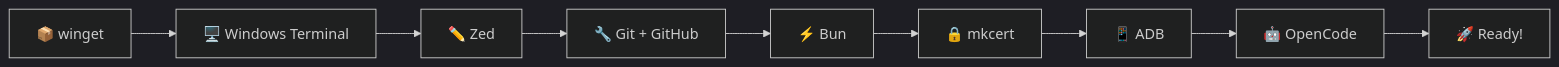
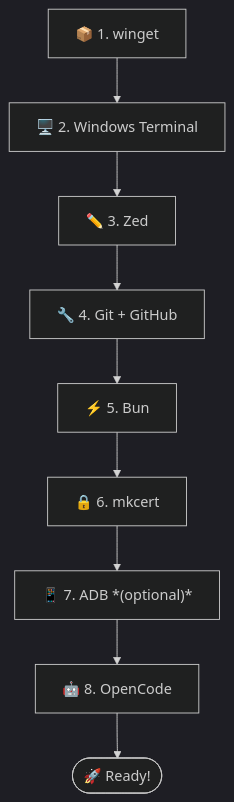
The diagram in tutorials/windows.md (nasti-cpu/neural-flight-v2), drawn with Mermaid (dark theme) before and after one commit. The commit also changed 5 other files, not shown here.

Commit message:
style: 💄 switch Mermaid diagrams from LR to TD

````diff
--- a/tutorials/windows.md
+++ b/tutorials/windows.md
@@ -5,11 +5,11 @@
 ```mermaid
-flowchart LR
-    A[📦 winget] --> B[🖥️ Windows Terminal]
-    B --> C[✏️ Zed]
-    C --> D[🔧 Git + GitHub]
-    D --> E[⚡ Bun]
-    E --> F[🔒 mkcert]
-    F --> G[📱 ADB]
-    G --> H[🤖 OpenCode]
-    H --> I[🚀 Ready!]
+flowchart TD
+    A["📦 1. winget"] --> B["🖥️ 2. Windows Terminal"]
+    B --> C["✏️ 3. Zed"]
+    C --> D["🔧 4. Git + GitHub"]
+    D --> E["⚡ 5. Bun"]
+    E --> F["🔒 6. mkcert"]
+    F --> G["📱 7. ADB *(optional)*"]
+    G --> H["🤖 8. OpenCode"]
+    H --> I(["🚀 Ready!"])
 ```
````
